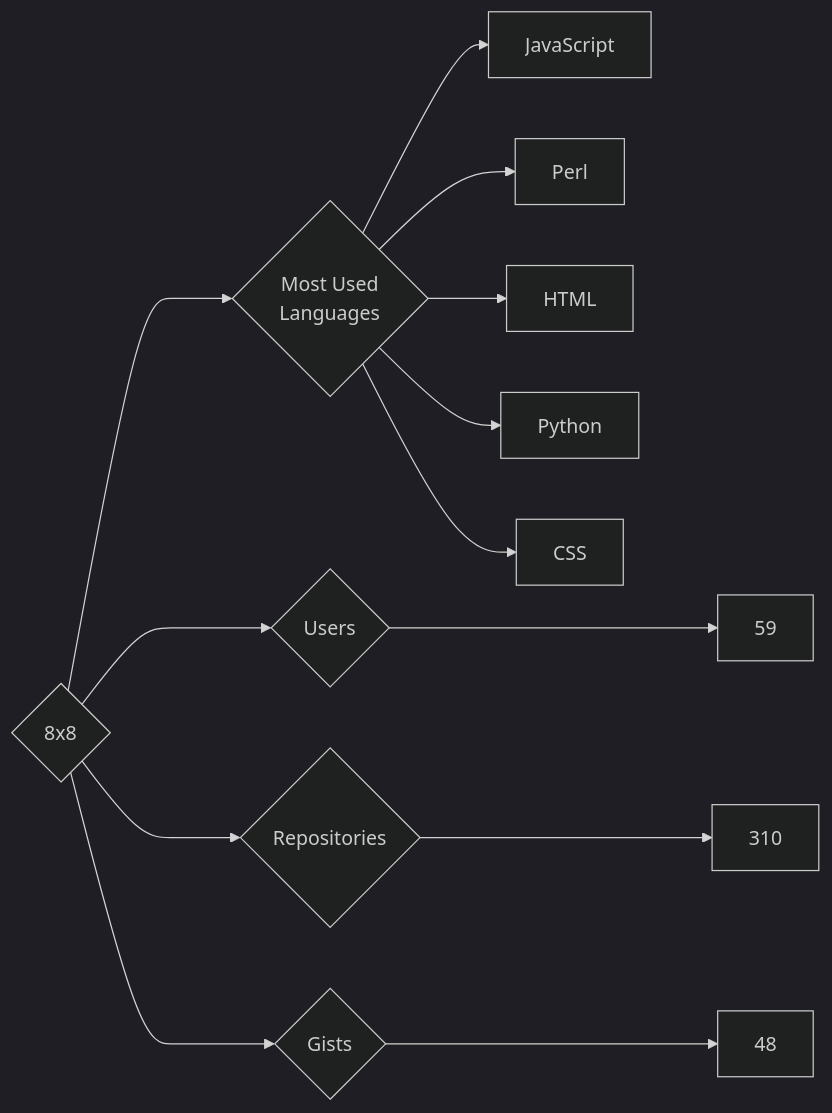
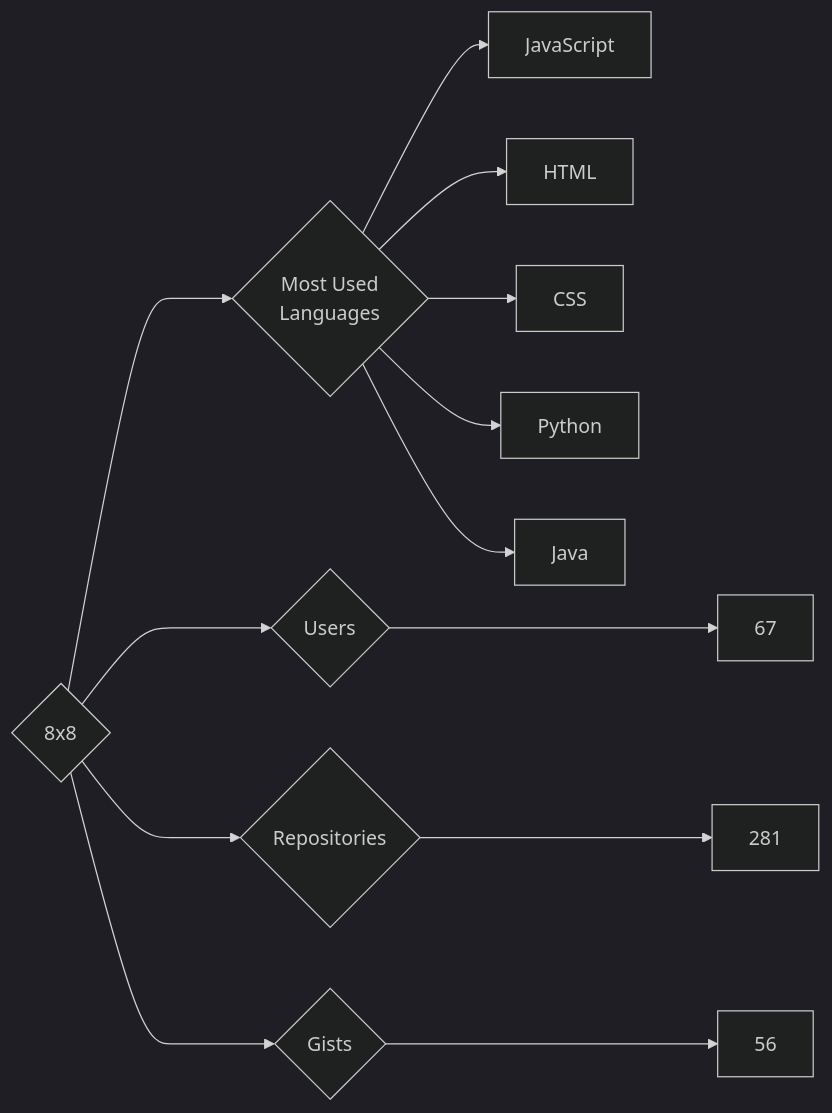
The diagram in targets/8x8/README.md (trickest/insiders), drawn with Mermaid (dark theme) before and after one commit. The commit also changed 1089 other files, not shown here.

````diff
--- a/targets/8x8/README.md
+++ b/targets/8x8/README.md
@@ -3,13 +3,13 @@
 ```mermaid
 graph LR
 COMPANY_NAME{8x8}
-COMPANY_NAME ---> U{Users} ---> UN[59]
-COMPANY_NAME ---> R{Repositories} ---> RN[310]
-COMPANY_NAME ---> G{Gists} ---> GN[48]
+COMPANY_NAME ---> U{Users} ---> UN[67]
+COMPANY_NAME ---> R{Repositories} ---> RN[281]
+COMPANY_NAME ---> G{Gists} ---> GN[56]
 COMPANY_NAME ---> ML{Most Used<br>Languages}
 ML --> JavaScript[JavaScript]
-ML --> Perl[Perl]
 ML --> HTML[HTML]
+ML --> CSS[CSS]
 ML --> Python[Python]
-ML --> CSS[CSS]
+ML --> Java[Java]
 ```
````
